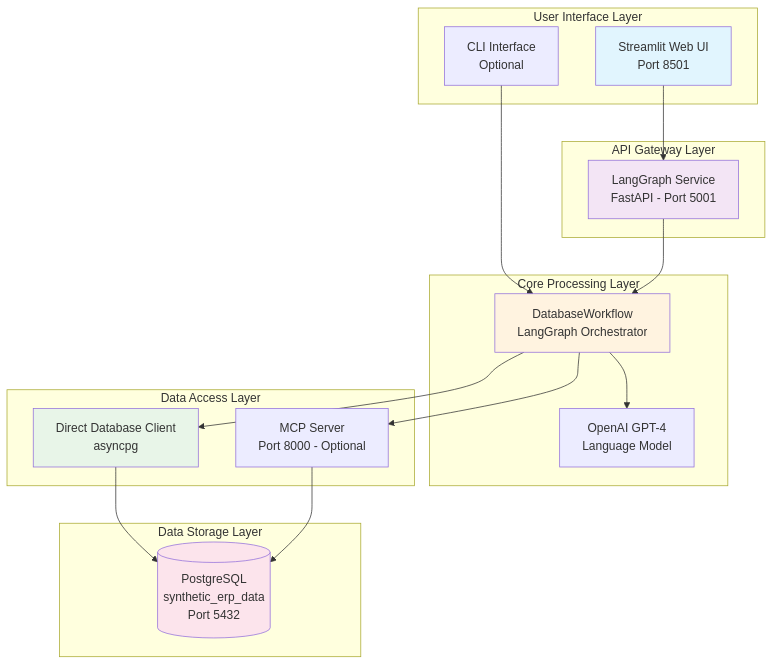
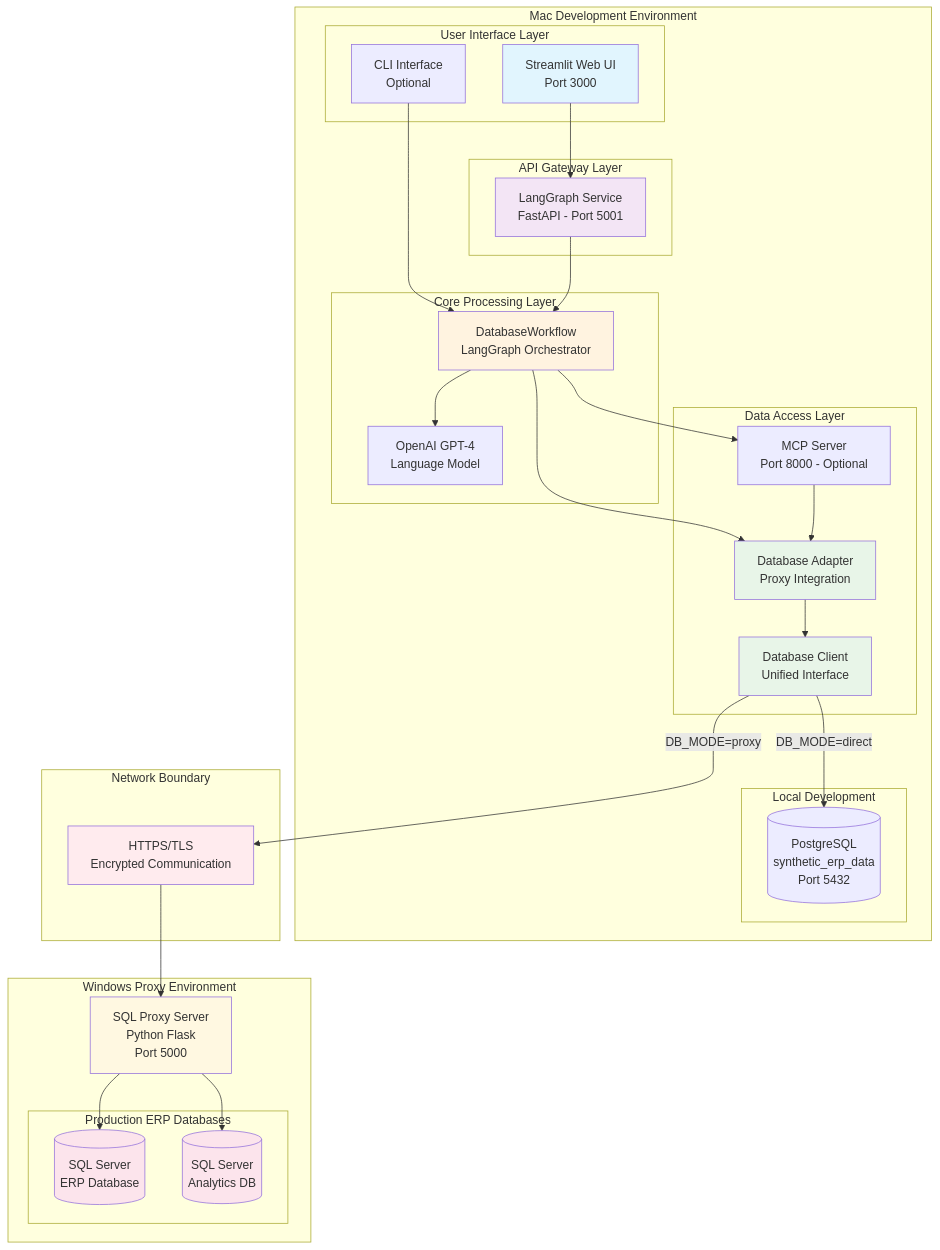
The first of 14 diagrams in adrs/0010-dynamic-erp-assistant-complete-system-architecture.md (julianus-kath/proactive-context-learning), drawn with Mermaid before and after one commit. The commit also changed other lines of this file and 8 other files, not shown here.

````diff
--- a/adrs/0010-dynamic-erp-assistant-complete-system-architecture.md
+++ b/adrs/0010-dynamic-erp-assistant-complete-system-architecture.md
@@ -18,40 +18,67 @@
 ```mermaid
 graph TB
-    subgraph "User Interface Layer"
-        UI[Streamlit Web UI<br/>Port 8501]
-        CLI[CLI Interface<br/>Optional]
+    subgraph "Mac Development Environment"
+        subgraph "User Interface Layer"
+            UI[Streamlit Web UI<br/>Port 3000]
+            CLI[CLI Interface<br/>Optional]
+        end
+        
+        subgraph "API Gateway Layer"
+            LG[LangGraph Service<br/>FastAPI - Port 5001]
+        end
+        
+        subgraph "Core Processing Layer"
+            WF[DatabaseWorkflow<br/>LangGraph Orchestrator]
+            AI[OpenAI GPT-4<br/>Language Model]
+        end
+        
+        subgraph "Data Access Layer"
+            ADAPTER[Database Adapter<br/>Proxy Integration]
+            DB_CLIENT[Database Client<br/>Unified Interface]
+            MCP[MCP Server<br/>Port 8000 - Optional]
+        end
+        
+        subgraph "Local Development"
+            PG[(PostgreSQL<br/>synthetic_erp_data<br/>Port 5432)]
+        end
     end
     
-    subgraph "API Gateway Layer"
-        LG[LangGraph Service<br/>FastAPI - Port 5001]
+    subgraph "Network Boundary"
+        HTTPS[HTTPS/TLS<br/>Encrypted Communication]
     end
     
-    subgraph "Core Processing Layer"
-        WF[DatabaseWorkflow<br/>LangGraph Orchestrator]
-        AI[OpenAI GPT-4<br/>Language Model]
-    end
-    
-    subgraph "Data Access Layer"
-        DB_CLIENT[Direct Database Client<br/>asyncpg]
-        MCP[MCP Server<br/>Port 8000 - Optional]
-    end
-    
-    subgraph "Data Storage Layer"
-        PG[(PostgreSQL<br/>synthetic_erp_data<br/>Port 5432)]
+    subgraph "Windows Proxy Environment"
+        PROXY[SQL Proxy Server<br/>Python Flask<br/>Port 5000]
+        
+        subgraph "Production ERP Databases"
+            SQL1[(SQL Server<br/>ERP Database)]
+            SQL2[(SQL Server<br/>Analytics DB)]
+        end
     end
     
     UI --> LG
     CLI --> WF
     LG --> WF
     WF --> AI
-    WF --> DB_CLIENT
+    WF --> ADAPTER
     WF --> MCP
-    DB_CLIENT --> PG
-    MCP --> PG
+    ADAPTER --> DB_CLIENT
+    MCP --> ADAPTER
+    
+    DB_CLIENT -->|DB_MODE=direct| PG
+    DB_CLIENT -->|DB_MODE=proxy| HTTPS
+    
+    HTTPS --> PROXY
+    PROXY --> SQL1
+    PROXY --> SQL2
     
     style UI fill:#e1f5fe
     style LG fill:#f3e5f5
     style WF fill:#fff3e0
+    style ADAPTER fill:#e8f5e8
     style DB_CLIENT fill:#e8f5e8
-    style PG fill:#fce4ec
+    style PROXY fill:#fff8e1
+    style SQL1 fill:#fce4ec
+    style SQL2 fill:#fce4ec
+    style HTTPS fill:#ffebee
 ```
````
